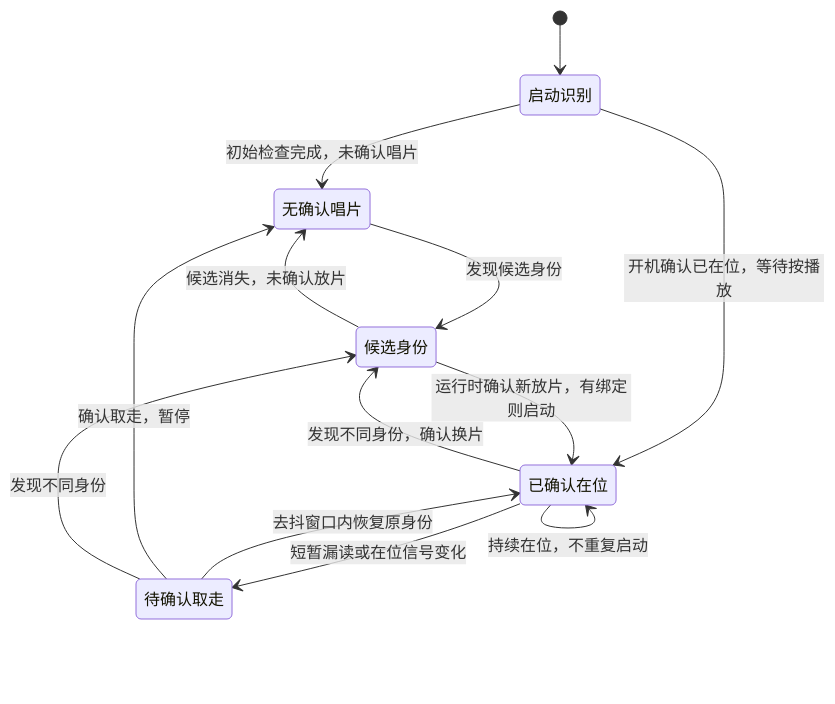
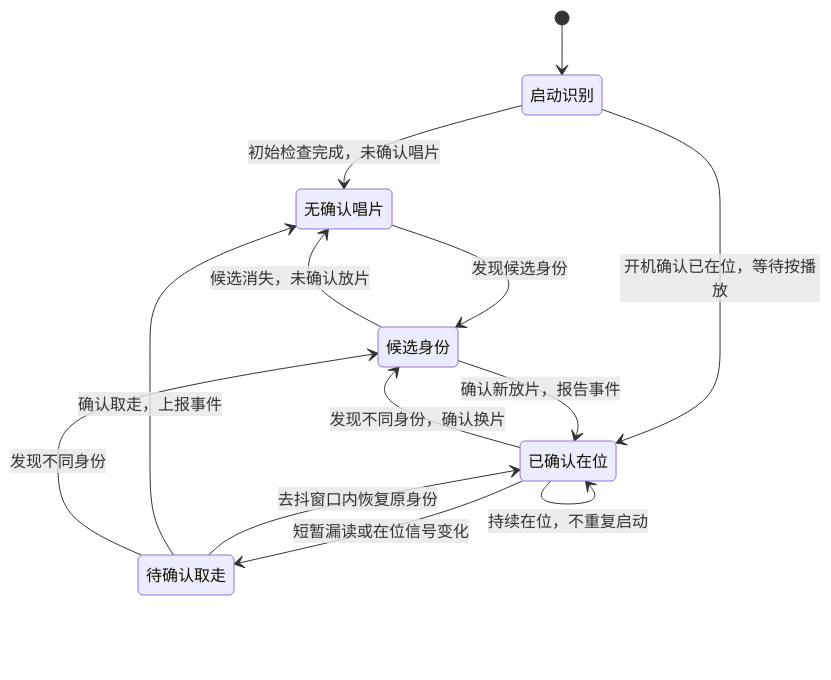
The first of 4 diagrams in features/records/README.md (yigencong-1/record-companion), drawn with Mermaid before and after one commit. The commit also changed other lines of this file and 11 other files, not shown here.

````diff
--- a/features/records/README.md
+++ b/features/records/README.md
@@ -20,20 +34,20 @@
 ```mermaid
 stateDiagram-v2
     state "启动识别" as Boot
     state "无确认唱片" as Empty
     state "候选身份" as PresentCandidate
     state "已确认在位" as InPlace
     state "待确认取走" as RemovalCandidate
     [*] --> Boot
     Boot --> Empty: 初始检查完成，未确认唱片
     Boot --> InPlace: 开机确认已在位，等待按播放
     Empty --> PresentCandidate: 发现候选身份
-    PresentCandidate --> InPlace: 运行时确认新放片，有绑定则启动
+    PresentCandidate --> InPlace: 确认新放片，报告事件
     PresentCandidate --> Empty: 候选消失，未确认放片
     InPlace --> InPlace: 持续在位，不重复启动
     InPlace --> RemovalCandidate: 短暂漏读或在位信号变化
     RemovalCandidate --> InPlace: 去抖窗口内恢复原身份
-    RemovalCandidate --> Empty: 确认取走，暂停
+    RemovalCandidate --> Empty: 确认取走，上报事件
     InPlace --> PresentCandidate: 发现不同身份，确认换片
     RemovalCandidate --> PresentCandidate: 发现不同身份
 ```
````
